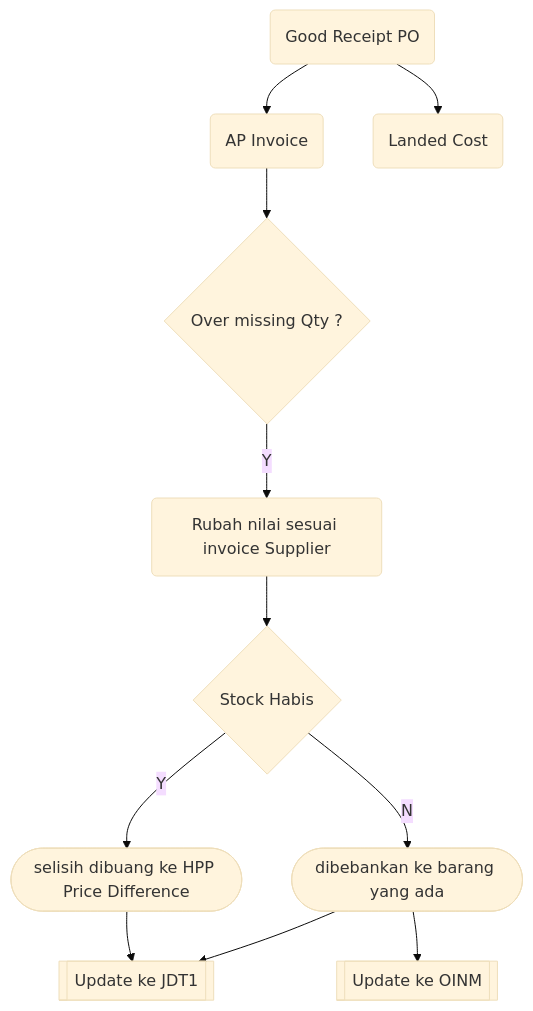
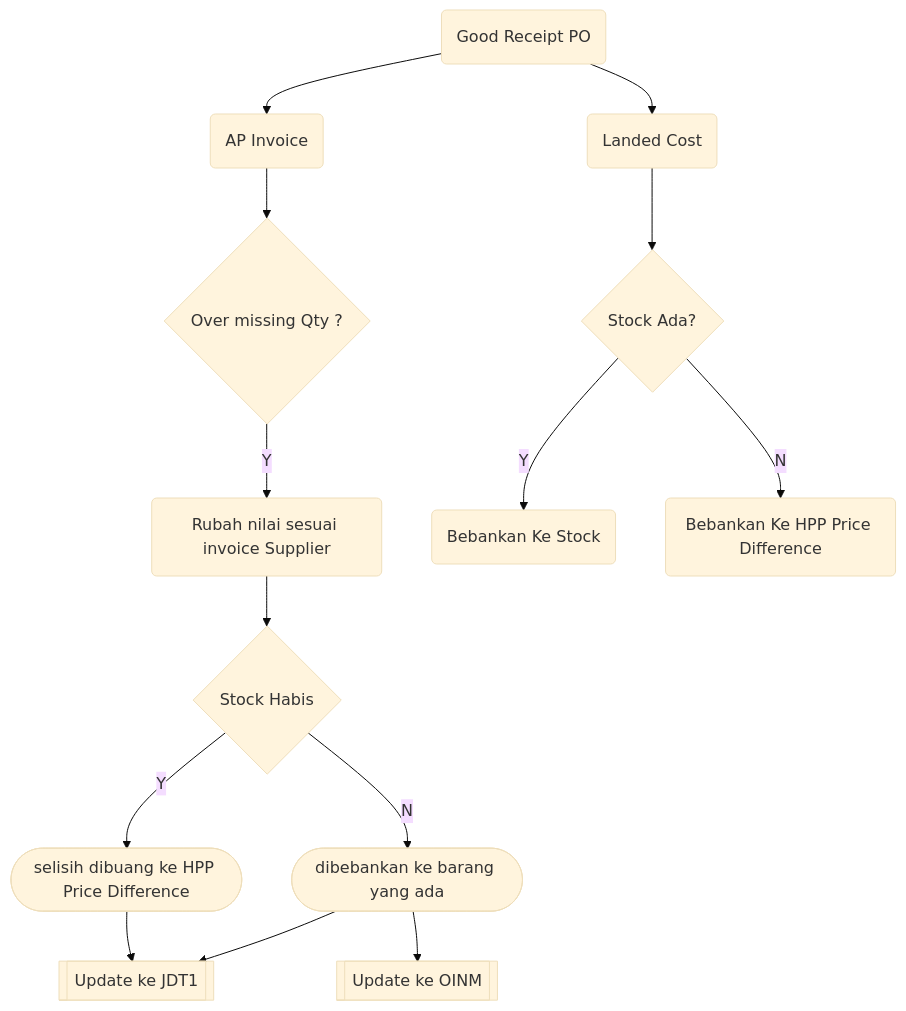
The second of 2 diagrams in awr_PembelianChecklist.md (andyut/cnw_doc), drawn with Mermaid (base theme) before and after one commit. The commit also changed other lines of this file, not shown here.

Commit message:
awr_PembelianChecklist.md updated from https://stackedit.io/

````diff
--- a/awr_PembelianChecklist.md
+++ b/awr_PembelianChecklist.md
@@ -61,16 +61,19 @@
 ```mermaid
 graph TD
 A(Good Receipt PO) --> A1(AP Invoice)
 A --> A2(Landed Cost) 
-
+A2 -->A3{Stock Ada?}
+A3 -->|Y| A4(Bebankan Ke Stock)
+A3 -->|N| A5(Bebankan Ke HPP Price Difference)
+ 
 A1 --> B{Over missing Qty ?}
 B -->|Y| C(Rubah nilai sesuai invoice Supplier)
 C --> D{Stock Habis}
 D-->|Y| E([selisih dibuang ke HPP Price Difference])
 D-->|N| F([dibebankan ke barang yang ada])
 F--> H[[ Update ke JDT1 ]]
 E -->H[[ Update ke JDT1 ]] 
 F--> G[[ Update ke OINM ]]
 
 
 ```
````
